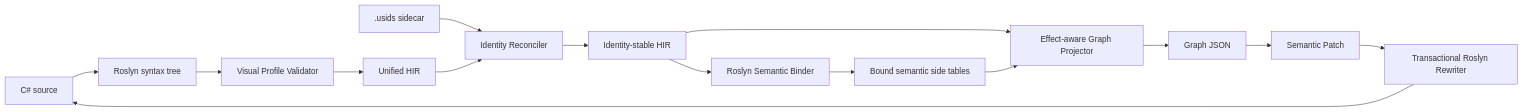
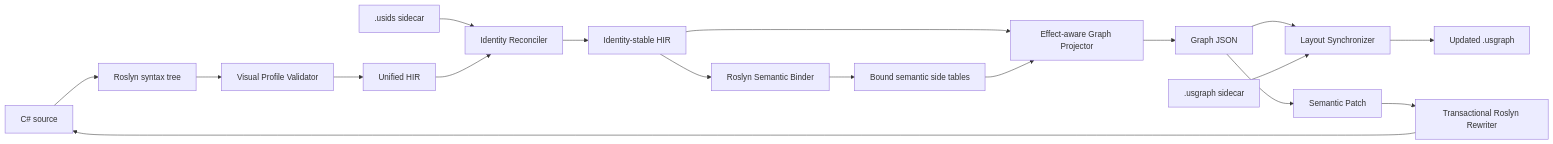
The diagram in docs/ARCHITECTURE.md (whisper3zzz/FinareScript), drawn with Mermaid before and after one commit. The commit also changed other lines of this file and 14 other files, not shown here.

Commit message:
feat: add persistent graph layout sidecars

````diff
--- a/docs/ARCHITECTURE.md
+++ b/docs/ARCHITECTURE.md
@@ -49,17 +49,20 @@
 ```mermaid
 flowchart LR
     Source["C# source"] --> Roslyn["Roslyn syntax tree"]
     Roslyn --> Validator["Visual Profile Validator"]
     Validator --> HIR["Unified HIR"]
     Sidecar[".usids sidecar"] --> Reconcile["Identity Reconciler"]
     HIR --> Reconcile
     Reconcile --> StableHIR["Identity-stable HIR"]
     StableHIR --> Binder["Roslyn Semantic Binder"]
     Binder --> Bound["Bound semantic side tables"]
     StableHIR --> Projector["Effect-aware Graph Projector"]
     Bound --> Projector
     Projector --> Graph["Graph JSON"]
+    Graph --> LayoutSync["Layout Synchronizer"]
+    Layout[".usgraph sidecar"] --> LayoutSync
+    LayoutSync --> UpdatedLayout["Updated .usgraph"]
     Graph --> Patch["Semantic Patch"]
     Patch --> Rewriter["Transactional Roslyn Rewriter"]
     Rewriter --> Source
 ```
````
